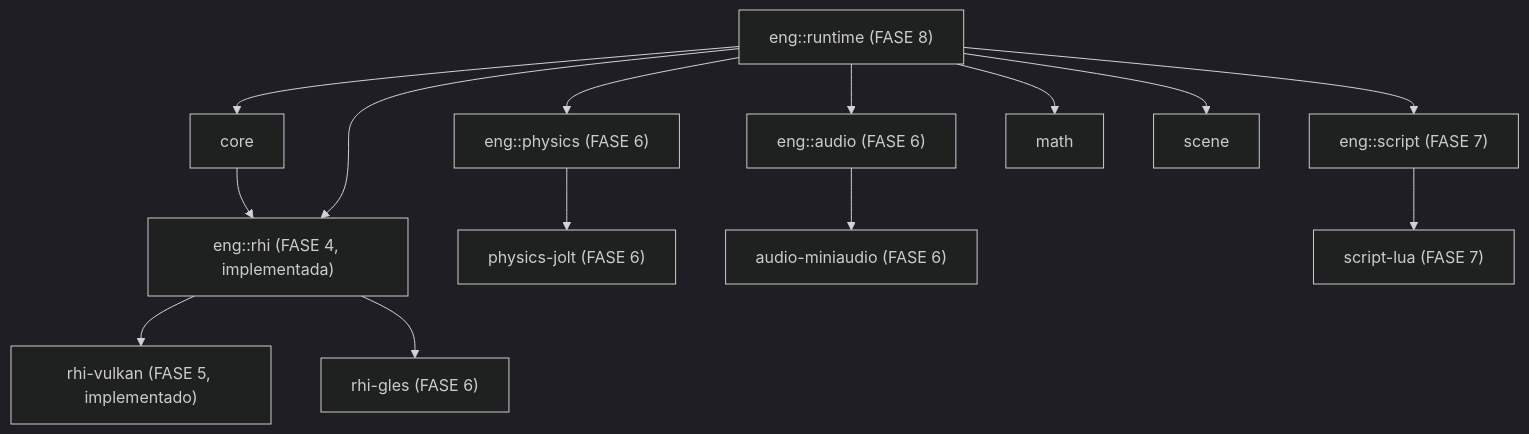
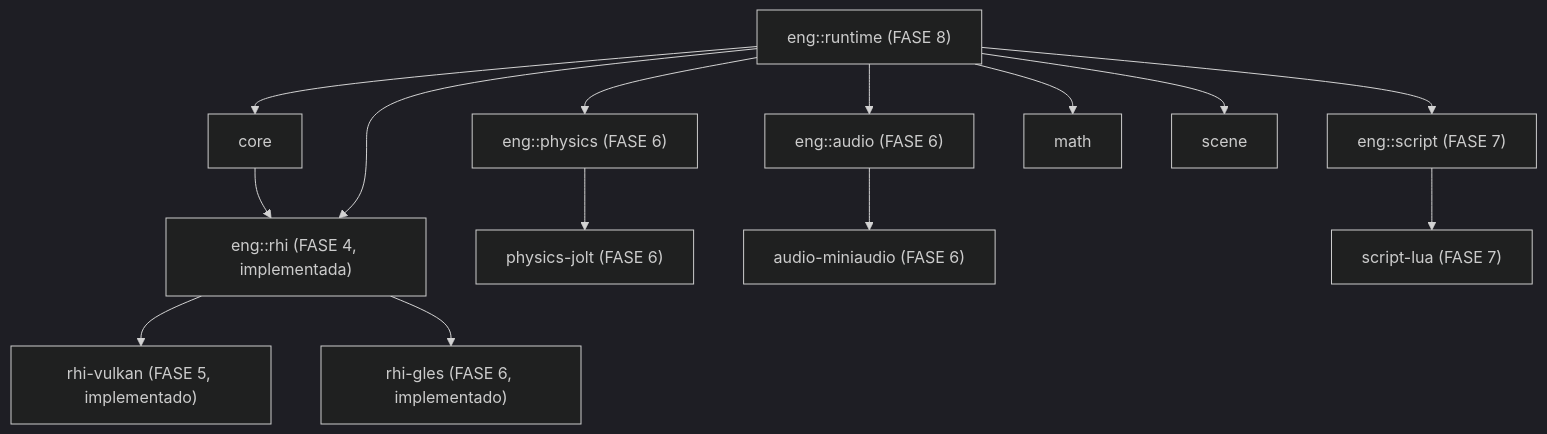
The second of 2 diagrams in docs/architecture/00-overview.md (criandojogodenovo-sketch/g.oni), drawn with Mermaid (dark theme) before and after one commit. The commit also changed other lines of this file and 21 other files, not shown here.

````diff
--- a/docs/architecture/00-overview.md
+++ b/docs/architecture/00-overview.md
@@ -106,10 +107,10 @@
 ```mermaid
 graph TD
     core --> rhi["eng::rhi (FASE 4, implementada)"]
     rhi --> rhi_vulkan["rhi-vulkan (FASE 5, implementado)"]
-    rhi --> rhi_gl["rhi-gles (FASE 6)"]
+    rhi --> rhi_gl["rhi-gles (FASE 6, implementado)"]
     physics["eng::physics (FASE 6)"] --> physics_jolt["physics-jolt (FASE 6)"]
     audio["eng::audio (FASE 6)"] --> audio_ma["audio-miniaudio (FASE 6)"]
     script["eng::script (FASE 7)"] --> script_lua["script-lua (FASE 7)"]
     runtime["eng::runtime (FASE 8)"] --> core & math & scene & rhi & physics & audio & script
 ```
````
